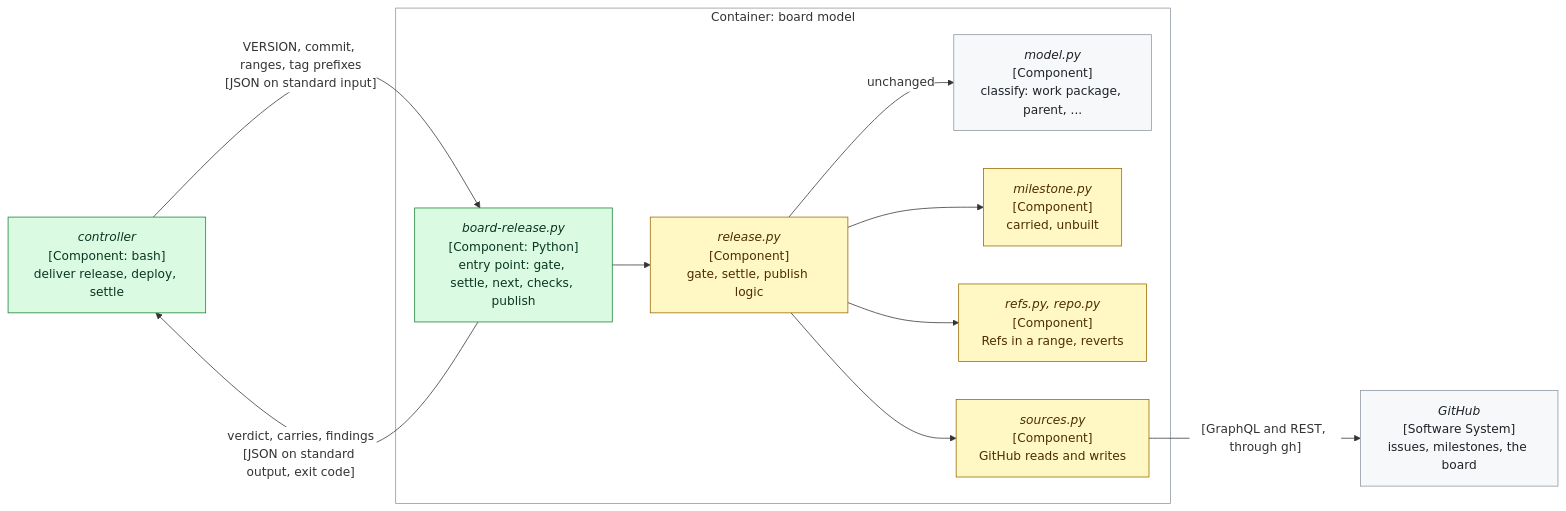
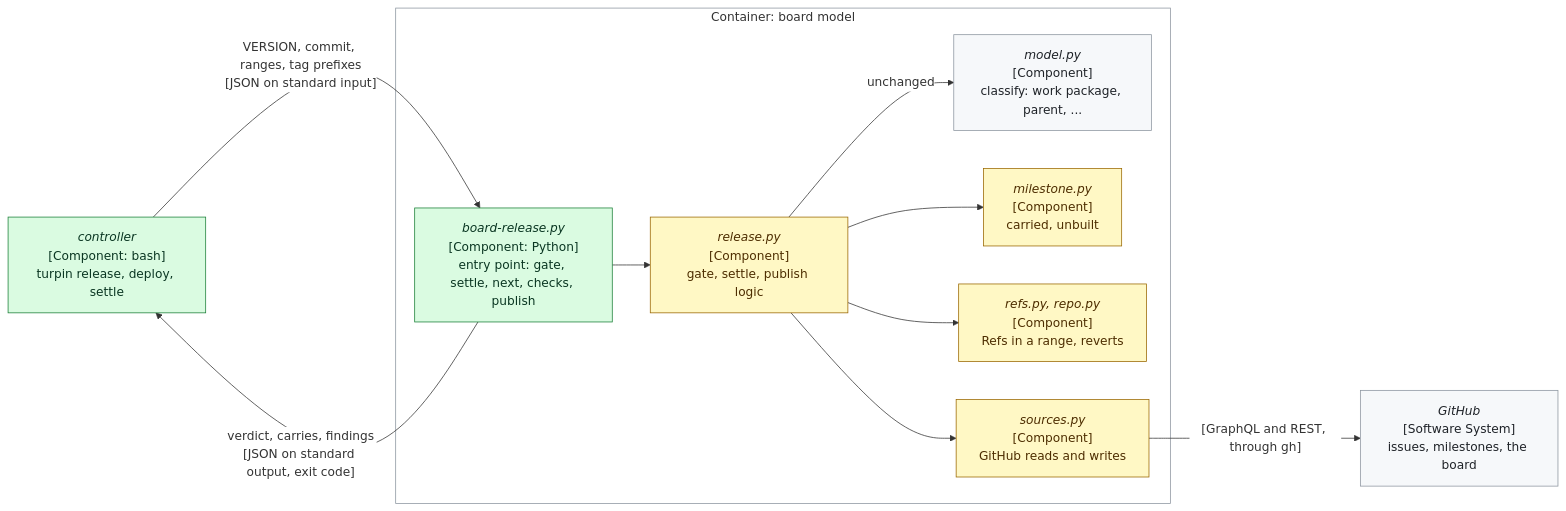
One commit to delphside/programme changed the seventh of 7 diagrams in records/2.5-changes/programme-tooling/117-generic-deliver-tool/design.md. Above: the diagram before and after it, drawn with Mermaid. The commit also changed other lines of this file and 38 other files, not shown here.

First line of the commit message:
Change 117: rename the deliver tool to Turpin

````diff
--- a/records/2.5-changes/programme-tooling/117-generic-deliver-tool/design.md
+++ b/records/2.5-changes/programme-tooling/117-generic-deliver-tool/design.md
@@ -987,28 +987,28 @@
 ```mermaid
 %%{init: {"themeVariables": {"clusterBkg": "#ffffff", "clusterBorder": "#8c959f", "edgeLabelBackground": "#ffffff"}}}%%
 flowchart LR
-  CTL["<i>controller</i><br>[Component: bash]<br>deliver release, deploy, settle"]
+  CTL["<i>controller</i><br>[Component: bash]<br>turpin release, deploy, settle"]
   subgraph MODEL["Container: board model"]
     BR["<i>board-release.py</i><br>[Component: Python]<br>entry point: gate, settle, next, checks, publish"]
     RL["<i>release.py</i><br>[Component]<br>gate, settle, publish logic"]
     M["<i>model.py</i><br>[Component]<br>classify: work package, parent, ..."]
     MS["<i>milestone.py</i><br>[Component]<br>carried, unbuilt"]
     RF["<i>refs.py, repo.py</i><br>[Component]<br>Refs in a range, reverts"]
     SRC["<i>sources.py</i><br>[Component]<br>GitHub reads and writes"]
   end
   GH["<i>GitHub</i><br>[Software System]<br>issues, milestones, the board"]
   CTL -->|"VERSION, commit, ranges, tag prefixes<br>[JSON on standard input]"| BR
   BR -->|"verdict, carries, findings<br>[JSON on standard output, exit code]"| CTL
   BR --> RL
   RL -->|unchanged| M
   RL --> MS
   RL --> RF
   RL --> SRC
   SRC -->|"[GraphQL and REST, through gh]"| GH
   classDef unchanged    fill:#f6f8fa,stroke:#8c959f,color:#1f2328
   classDef new          fill:#dafbe1,stroke:#1a7f37,color:#0a3622
   classDef changed      fill:#fff8c5,stroke:#9a6700,color:#4d2d00
   class CTL,BR new
   class RL,MS,RF,SRC changed
   class M,GH unchanged
 ```
````
